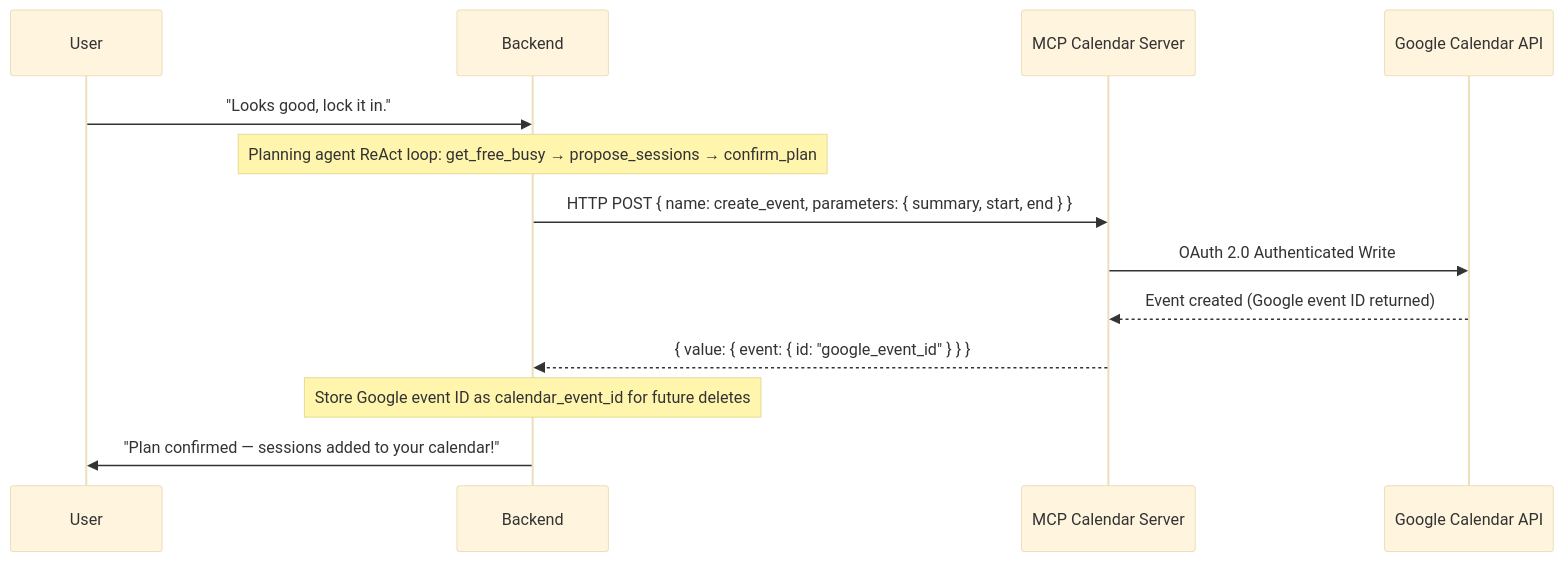
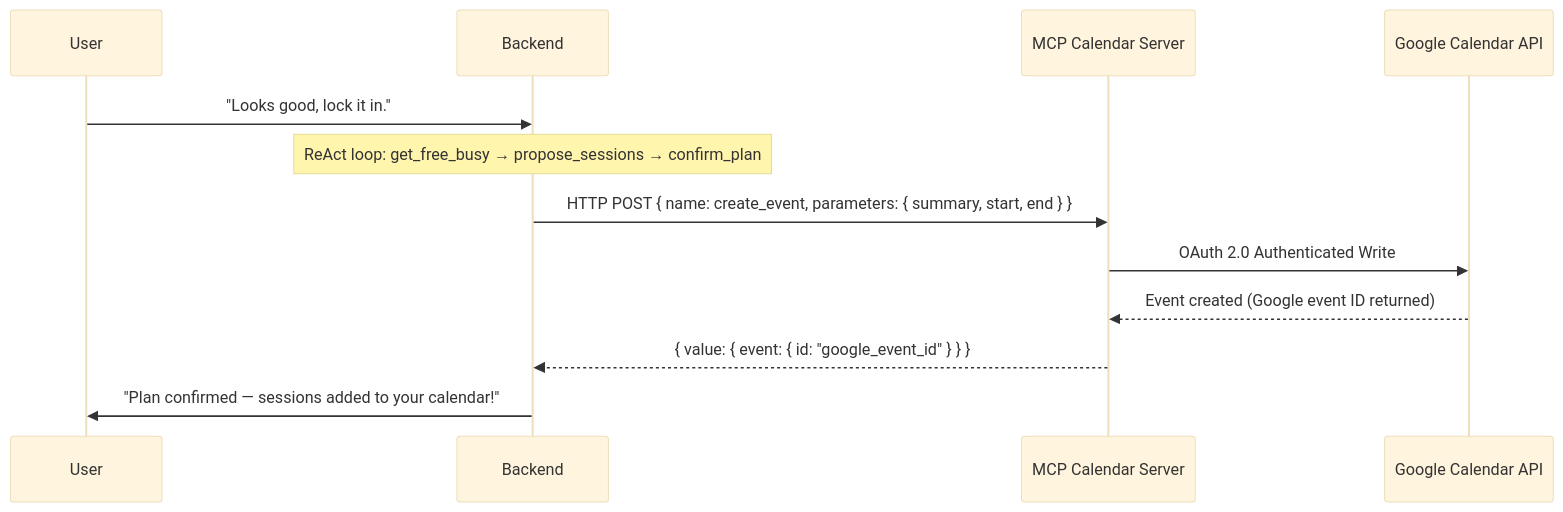
The diagram in bloom-capstone-report.md (cacaprog/bloom-learning-app), drawn with Mermaid (base theme) before and after one commit. The commit also changed other lines of this file, not shown here.

````diff
--- a/bloom-capstone-report.md
+++ b/bloom-capstone-report.md
@@ -168,16 +115,15 @@
 ```mermaid
 sequenceDiagram
     participant User
     participant Backend
     participant MCP Calendar Server
     participant Google Calendar API
 
     User->>Backend: "Looks good, lock it in."
-    Note over Backend: Planning agent ReAct loop: get_free_busy → propose_sessions → confirm_plan
+    Note over Backend: ReAct loop: get_free_busy → propose_sessions → confirm_plan
     Backend->>MCP Calendar Server: HTTP POST { name: create_event, parameters: { summary, start, end } }
     MCP Calendar Server->>Google Calendar API: OAuth 2.0 Authenticated Write
     Google Calendar API-->>MCP Calendar Server: Event created (Google event ID returned)
     MCP Calendar Server-->>Backend: { value: { event: { id: "google_event_id" } } }
-    Note over Backend: Store Google event ID as calendar_event_id for future deletes
     Backend->>User: "Plan confirmed — sessions added to your calendar!"
 ```
````
